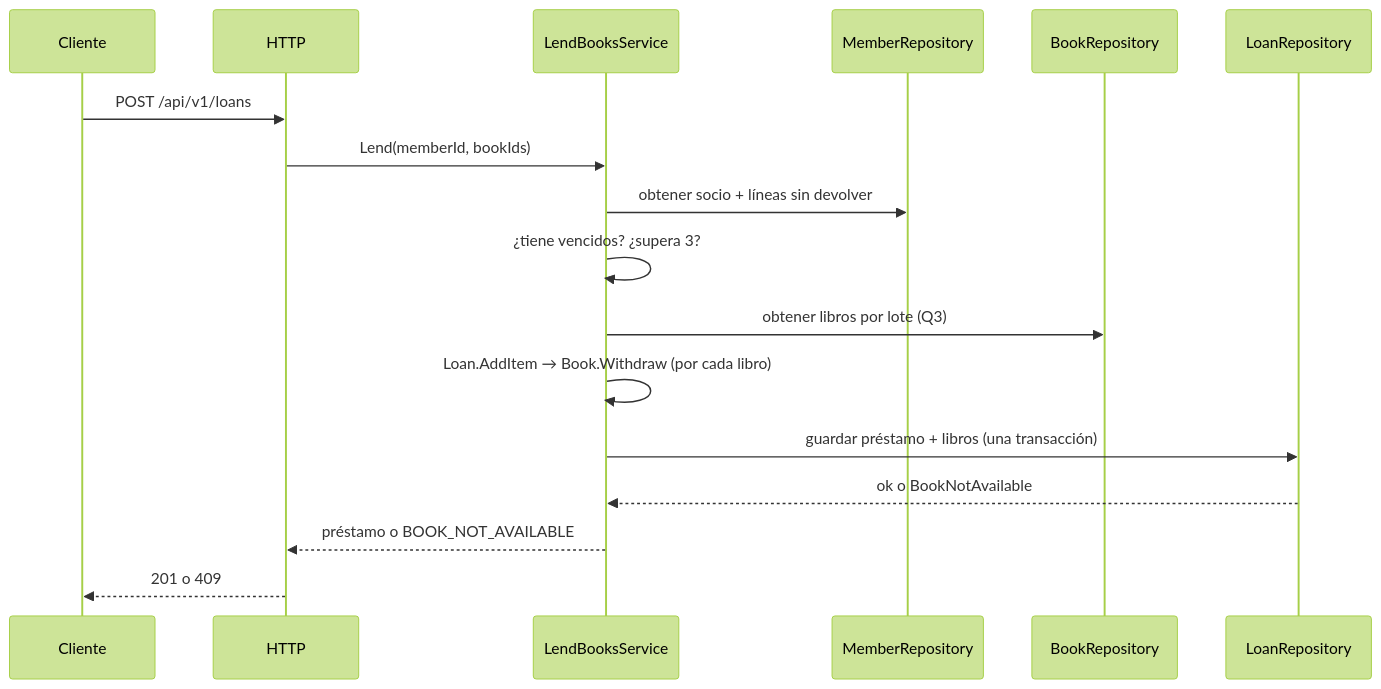
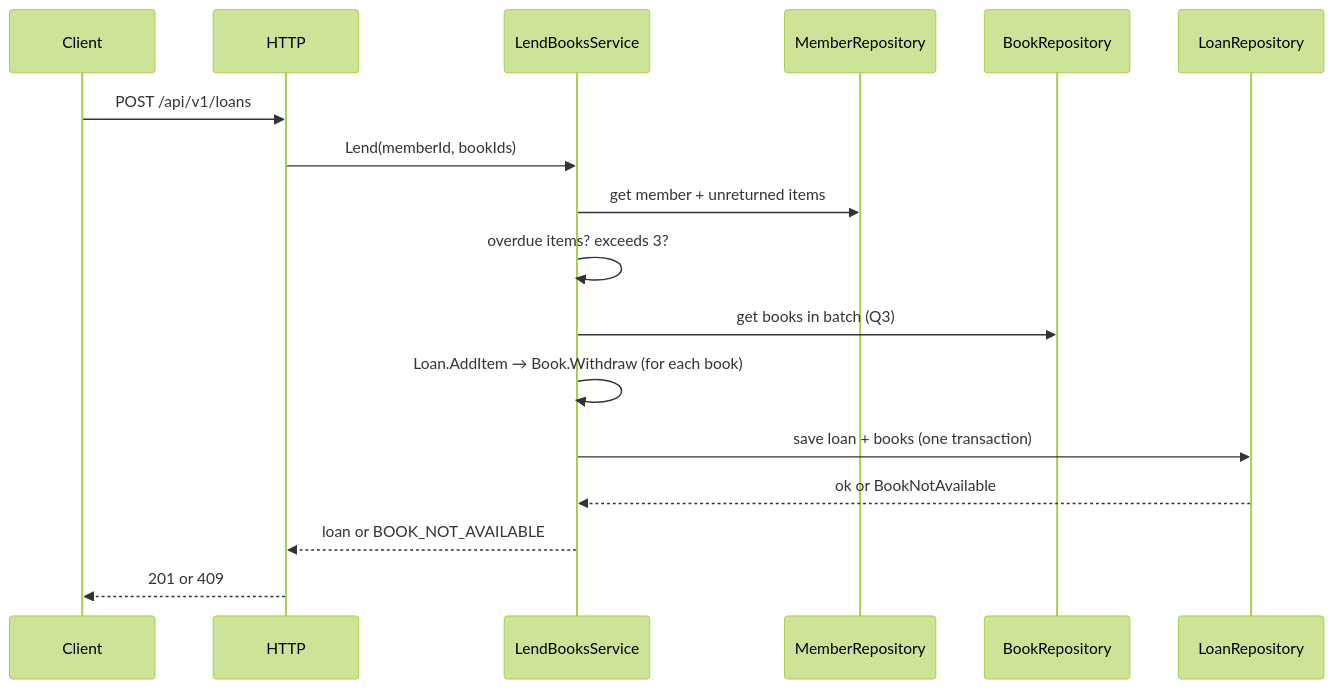
One commit to Santiag077127/test-manager-library-3145555-docs changed the second of 2 diagrams in spec-.net/architecture.md. Above: the diagram before and after it, drawn with Mermaid (forest theme). The commit also changed other lines of this file and 1 other file, not shown here.

Commit message:
docs: translate architecture documents

````diff
--- a/spec-.net/architecture.md
+++ b/spec-.net/architecture.md
@@ -59,19 +60,19 @@
 ```mermaid
 sequenceDiagram
-    participant C as Cliente
+    participant C as Client
     participant H as HTTP
     participant S as LendBooksService
     participant M as MemberRepository
     participant B as BookRepository
     participant L as LoanRepository
     C->>H: POST /api/v1/loans
     H->>S: Lend(memberId, bookIds)
-    S->>M: obtener socio + líneas sin devolver
-    S->>S: ¿tiene vencidos? ¿supera 3?
-    S->>B: obtener libros por lote (Q3)
-    S->>S: Loan.AddItem → Book.Withdraw (por cada libro)
-    S->>L: guardar préstamo + libros (una transacción)
-    L-->>S: ok o BookNotAvailable
-    S-->>H: préstamo o BOOK_NOT_AVAILABLE
-    H-->>C: 201 o 409
+    S->>M: get member + unreturned items
+    S->>S: overdue items? exceeds 3?
+    S->>B: get books in batch (Q3)
+    S->>S: Loan.AddItem → Book.Withdraw (for each book)
+    S->>L: save loan + books (one transaction)
+    L-->>S: ok or BookNotAvailable
+    S-->>H: loan or BOOK_NOT_AVAILABLE
+    H-->>C: 201 or 409
 ```
````
